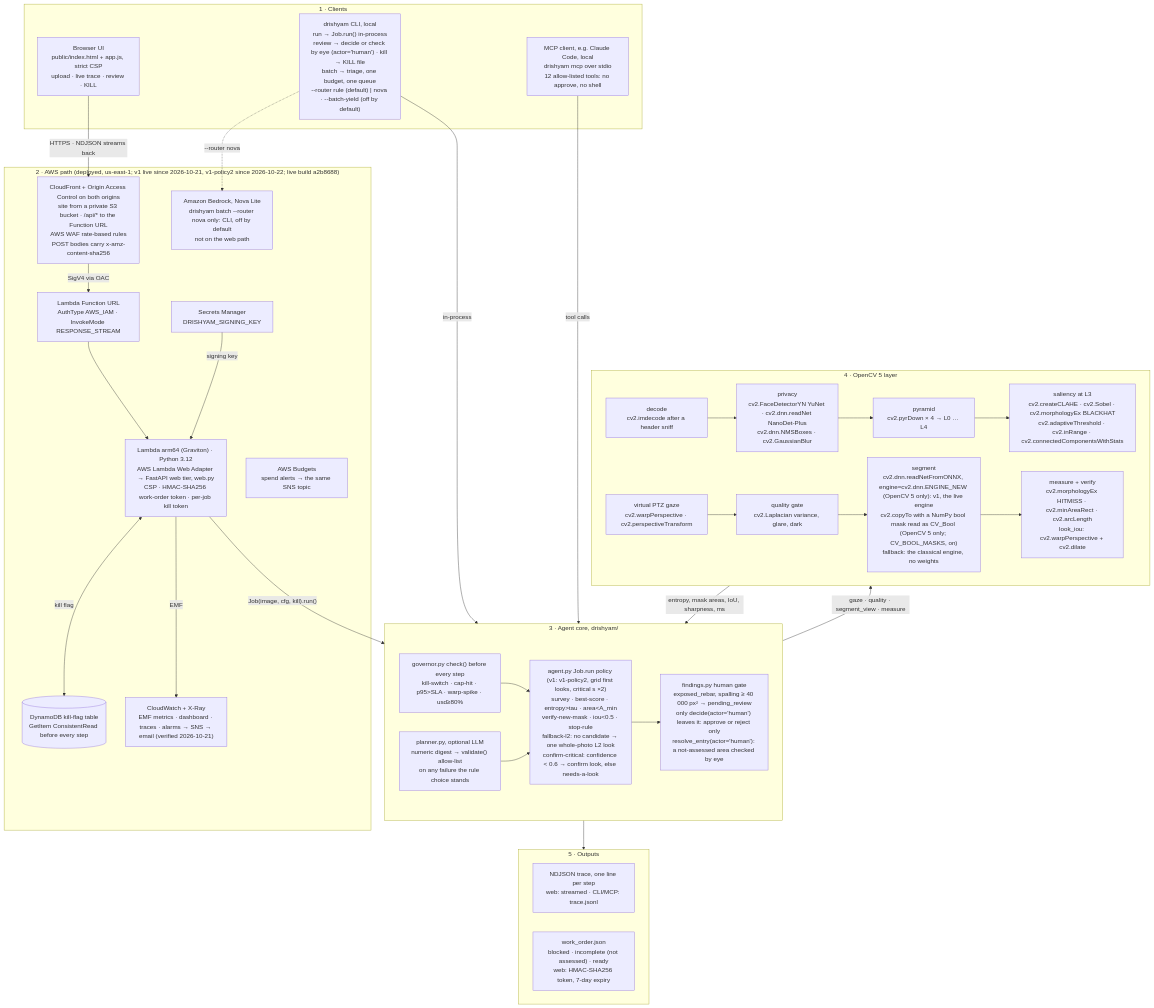
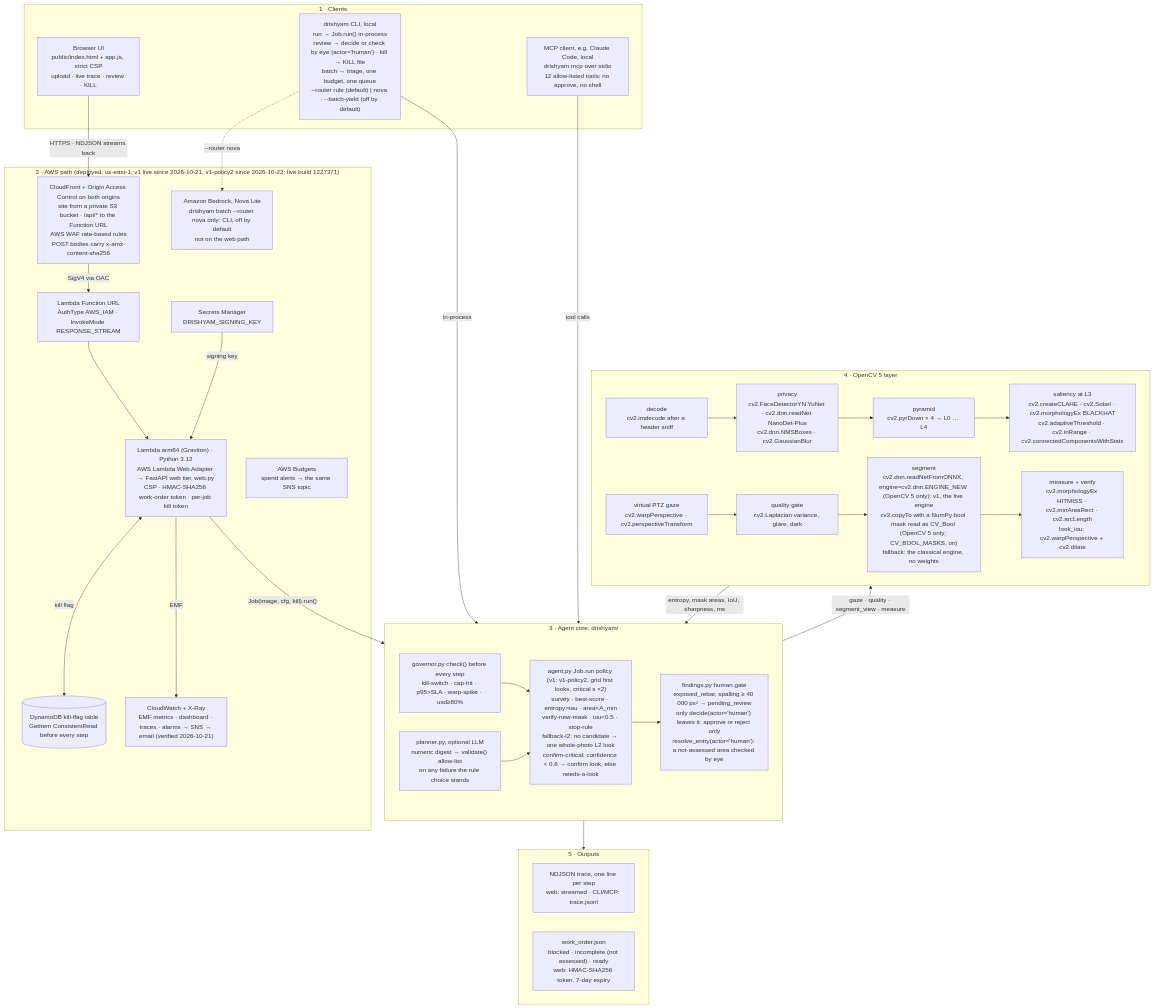
The diagram in docs/architecture.mmd (vj-io/drishyam), drawn with Mermaid before and after one commit. The commit also changed 7 other files, not shown here.

First line of the commit message:
docs/aws.md: the 1227371 deploy (release 1.1.2, the corrected film), its live browser suite and smoke run

```diff
--- a/docs/architecture.mmd
+++ b/docs/architecture.mmd
@@ -1,62 +1,62 @@
 %% Drishyam system architecture: the same content as docs/architecture.svg.
 %% cv2 names are the calls made in drishyam/imaging.py, privacy.py, segment.py, measure.py and agent.py.
-%% REV 1.1.1 (2026-10-22), the code of the live build a2b8688.
+%% REV 1.1.1 (2026-10-22), the code of the live build 1227371.
 flowchart TB
     subgraph CLIENTS["1 · Clients"]
         UI["Browser UI<br/>public/index.html + app.js, strict CSP<br/>upload · live trace · review · KILL"]
         CLI["drishyam CLI, local<br/>run → Job.run() in-process<br/>review → decide or check by eye (actor='human') · kill → KILL file<br/>batch → triage, one budget, one queue<br/>--router rule (default) | nova · --batch-yield (off by default)"]
         MCPC["MCP client, e.g. Claude Code, local<br/>drishyam mcp over stdio<br/>12 allow-listed tools: no approve, no shell"]
     end
 
-    subgraph AWS["2 · AWS path (deployed, us-east-1; v1 live since 2026-10-21, v1-policy2 since 2026-10-22; live build a2b8688)"]
+    subgraph AWS["2 · AWS path (deployed, us-east-1; v1 live since 2026-10-21, v1-policy2 since 2026-10-22; live build 1227371)"]
         CF["CloudFront + Origin Access Control on both origins<br/>site from a private S3 bucket · /api/* to the Function URL<br/>AWS WAF rate-based rules<br/>POST bodies carry x-amz-content-sha256"]
         FURL["Lambda Function URL<br/>AuthType AWS_IAM · InvokeMode RESPONSE_STREAM"]
         LAMBDA["Lambda arm64 (Graviton) · Python 3.12<br/>AWS Lambda Web Adapter → FastAPI web tier, web.py<br/>CSP · HMAC-SHA256 work-order token · per-job kill token"]
         DDB[("DynamoDB kill-flag table<br/>GetItem ConsistentRead before every step")]
         SM["Secrets Manager<br/>DRISHYAM_SIGNING_KEY"]
         CW["CloudWatch + X-Ray<br/>EMF metrics · dashboard · traces · alarms → SNS → email (verified 2026-10-21)"]
         BUD["AWS Budgets<br/>spend alerts → the same SNS topic"]
         BR["Amazon Bedrock, Nova Lite<br/>drishyam batch --router nova only: CLI, off by default<br/>not on the web path"]
     end
 
     subgraph CORE["3 · Agent core, drishyam/"]
         POLICY["agent.py Job.run policy (v1: v1-policy2, grid first looks, critical s ×2)<br/>survey · best-score · entropy#gt;tau · area#lt;A_min<br/>verify-new-mask · iou#lt;0.5 · stop-rule<br/>fallback-l2: no candidate → one whole-photo L2 look<br/>confirm-critical: confidence #lt; 0.6 → confirm look, else needs-a-look"]
         GOV["governor.py check() before every step<br/>kill-switch · cap-hit · p95#gt;SLA · warp-spike · usd≥80%"]
         PLAN["planner.py, optional LLM<br/>numeric digest → validate() allow-list<br/>on any failure the rule choice stands"]
         GATE["findings.py human gate<br/>exposed_rebar, spalling ≥ 40 000 px² → pending_review<br/>only decide(actor='human') leaves it: approve or reject only<br/>resolve_entry(actor='human'): a not-assessed area checked by eye"]
         GOV --> POLICY
         PLAN --> POLICY
         POLICY --> GATE
     end
 
     subgraph CV["4 · OpenCV 5 layer"]
         DEC["decode<br/>cv2.imdecode after a header sniff"]
         PRIV["privacy<br/>cv2.FaceDetectorYN YuNet · cv2.dnn.readNet NanoDet-Plus<br/>cv2.dnn.NMSBoxes · cv2.GaussianBlur"]
         PYR["pyramid<br/>cv2.pyrDown × 4 → L0 … L4"]
         SAL["saliency at L3<br/>cv2.createCLAHE · cv2.Sobel · cv2.morphologyEx BLACKHAT<br/>cv2.adaptiveThreshold · cv2.inRange · cv2.connectedComponentsWithStats"]
         GAZE["virtual PTZ gaze<br/>cv2.warpPerspective · cv2.perspectiveTransform"]
         QG["quality gate<br/>cv2.Laplacian variance, glare, dark"]
         SEG["segment<br/>cv2.dnn.readNetFromONNX, engine=cv2.dnn.ENGINE_NEW (OpenCV 5 only): v1, the live engine<br/>cv2.copyTo with a NumPy bool mask read as CV_Bool (OpenCV 5 only; CV_BOOL_MASKS, on)<br/>fallback: the classical engine, no weights"]
         MEAS["measure + verify<br/>cv2.morphologyEx HITMISS · cv2.minAreaRect · cv2.arcLength<br/>look_iou: cv2.warpPerspective + cv2.dilate"]
         DEC --> PRIV --> PYR --> SAL
         GAZE --> QG --> SEG --> MEAS
     end
 
     subgraph OUT["5 · Outputs"]
         TRACE["NDJSON trace, one line per step<br/>web: streamed · CLI/MCP: trace.jsonl"]
         WO["work_order.json<br/>blocked · incomplete (not assessed) · ready<br/>web: HMAC-SHA256 token, 7-day expiry"]
     end
 
     UI -->|"HTTPS · NDJSON streams back"| CF
     CF -->|"SigV4 via OAC"| FURL --> LAMBDA
     LAMBDA <-->|"kill flag"| DDB
     SM -->|"signing key"| LAMBDA
     LAMBDA -->|"EMF"| CW
     BUD ~~~ CW
     CLI -.->|"--router nova"| BR
     LAMBDA -->|"Job(image, cfg, kill).run()"| CORE
     CLI -->|"in-process"| CORE
     MCPC -->|"tool calls"| CORE
     CORE -->|"gaze · quality · segment_view · measure"| CV
     CV -->|"entropy, mask areas, IoU, sharpness, ms"| CORE
     CORE --> OUT
```
